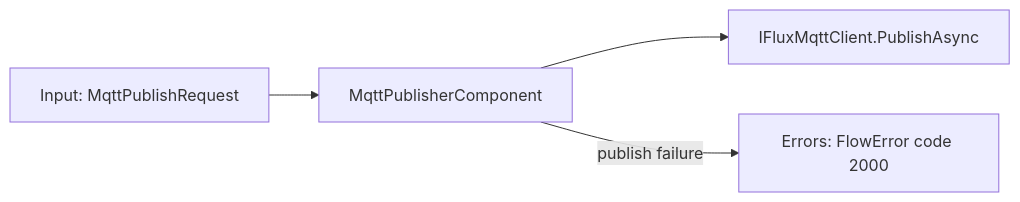
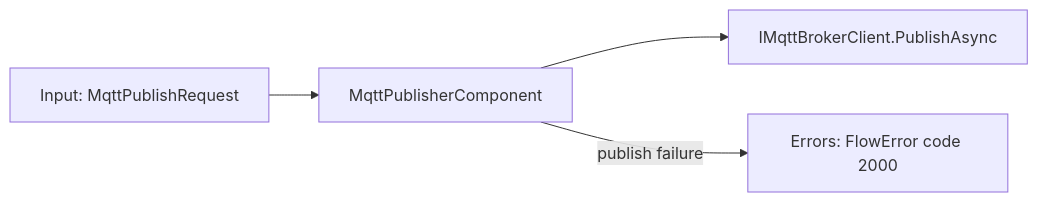
Before and after one commit to araxis/FluxMq: diagram 12 of 19 in docs/flow-components.md, drawn with Mermaid. The commit also changed other lines of this file and 224 other files, not shown here.

````diff
--- a/docs/flow-components.md
+++ b/docs/flow-components.md
@@ -456,6 +456,6 @@
 ```mermaid
 flowchart LR
     In["Input: MqttPublishRequest"] --> Publisher["MqttPublisherComponent"]
-    Publisher --> Client["IFluxMqttClient.PublishAsync"]
+    Publisher --> Client["IMqttBrokerClient.PublishAsync"]
     Publisher -->|publish failure| Errors["Errors: FlowError code 2000"]
 ```
````
